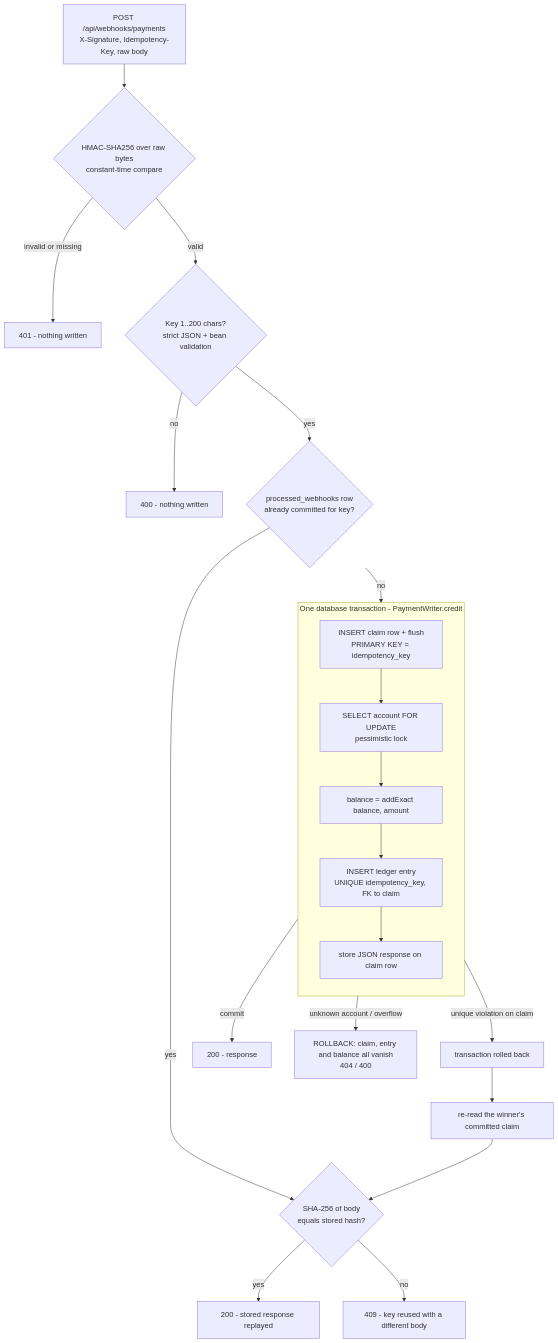
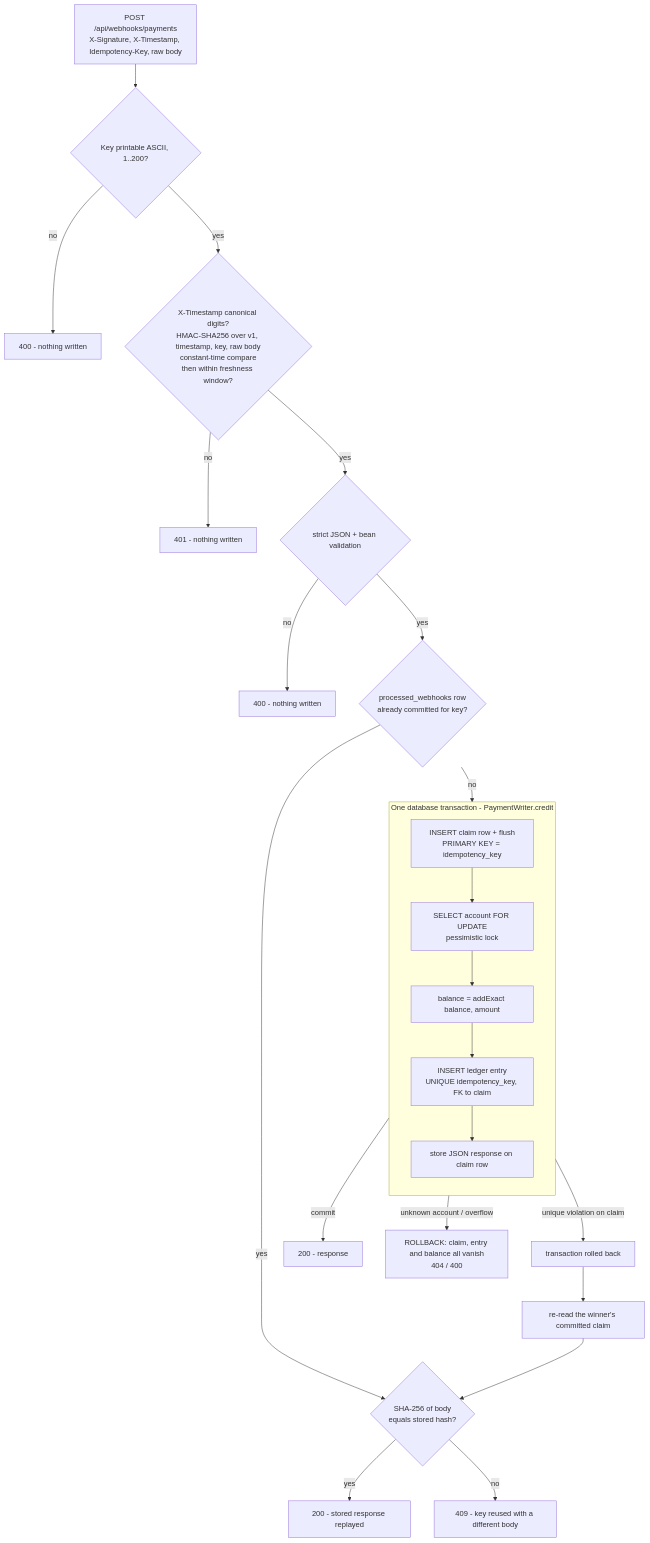
Before and after one commit to atreyamitra/ledger-guard: the first of 2 diagrams in docs/ARCHITECTURE.md, drawn with Mermaid. The commit also changed other lines of this file and 2 other files, not shown here.

````diff
--- a/docs/ARCHITECTURE.md
+++ b/docs/ARCHITECTURE.md
@@ -7,25 +7,27 @@
 ```mermaid
 flowchart TD
-    A[POST /api/webhooks/payments<br/>X-Signature, Idempotency-Key, raw body] --> B{HMAC-SHA256 over raw bytes<br/>constant-time compare}
-    B -- invalid or missing --> R401[401 - nothing written]
-    B -- valid --> C{Key 1..200 chars?<br/>strict JSON + bean validation}
+    A[POST /api/webhooks/payments<br/>X-Signature, X-Timestamp, Idempotency-Key, raw body] --> K{Key printable ASCII, 1..200?}
+    K -- no --> R400k[400 - nothing written]
+    K -- yes --> B{X-Timestamp canonical digits?<br/>HMAC-SHA256 over v1, timestamp, key, raw body<br/>constant-time compare<br/>then within freshness window?}
+    B -- no --> R401[401 - nothing written]
+    B -- yes --> C{strict JSON + bean validation}
     C -- no --> R400[400 - nothing written]
     C -- yes --> D{processed_webhooks row<br/>already committed for key?}
     D -- yes --> E{SHA-256 of body<br/>equals stored hash?}
     E -- yes --> R200R[200 - stored response replayed]
     E -- no --> R409[409 - key reused with a different body]
     D -- no --> T
 
     subgraph T [One database transaction - PaymentWriter.credit]
         direction TB
         T1[INSERT claim row + flush<br/>PRIMARY KEY = idempotency_key] --> T2[SELECT account FOR UPDATE<br/>pessimistic lock]
         T2 --> T3[balance = addExact balance, amount]
         T3 --> T4[INSERT ledger entry<br/>UNIQUE idempotency_key, FK to claim]
         T4 --> T5[store JSON response on claim row]
     end
 
     T -- commit --> R200[200 - response]
     T -- unknown account / overflow --> RB[ROLLBACK: claim, entry and balance all vanish<br/>404 / 400]
     T -- unique violation on claim --> F[transaction rolled back]
     F --> G[re-read the winner's committed claim] --> E
 ```
````
